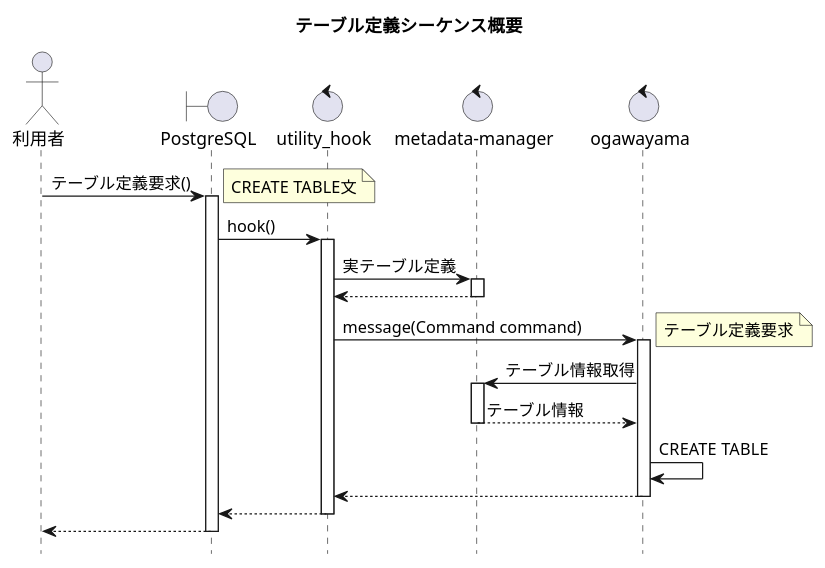
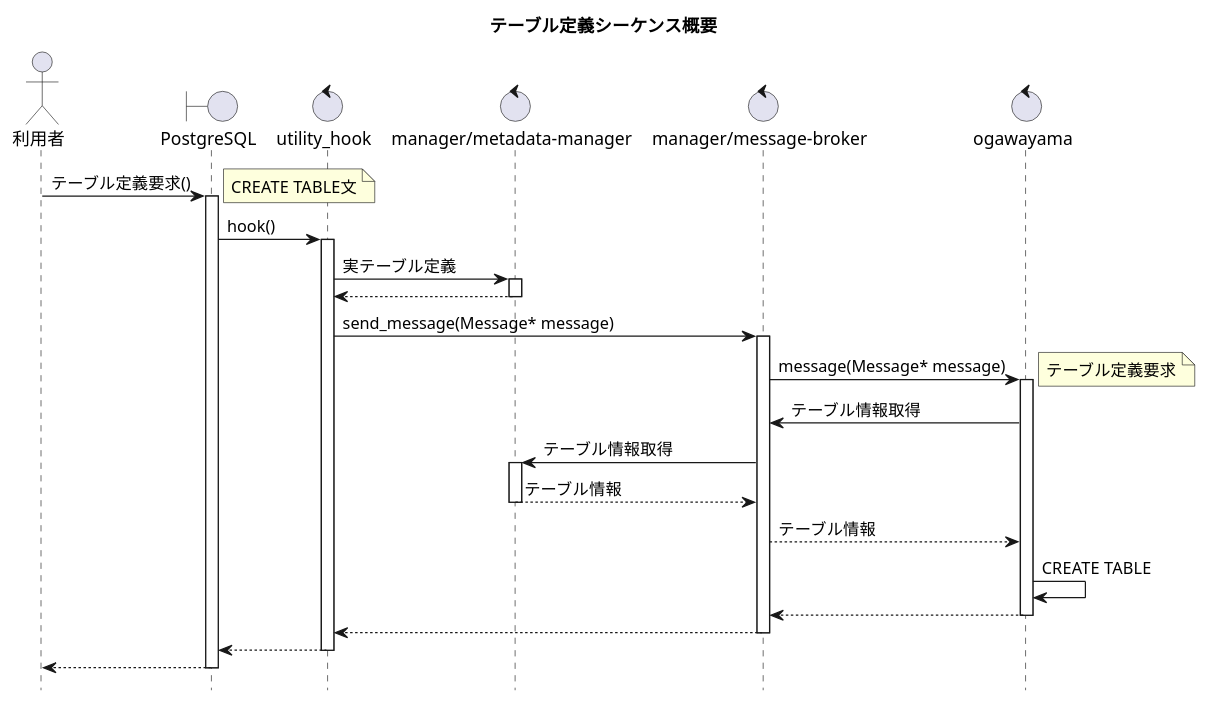
The diagram in docs/design/img/CREATE_TABLE_overview.pu (project-tsurugi/tsurugi_fdw), drawn with PlantUML before and after one commit. The commit also changed 6 other files, not shown here.

```diff
--- a/docs/design/img/CREATE_TABLE_overview.pu
+++ b/docs/design/img/CREATE_TABLE_overview.pu
@@ -1,47 +1,54 @@
 @startuml
 title テーブル定義シーケンス概要
 hide footbox
 
 actor 利用者
 boundary PostgreSQL
 control "utility_hook"
-control "metadata-manager"
+control "manager/metadata-manager" as metadata_manager
+control "manager/message-broker" as message_broker
 control ogawayama
 
 利用者 -> PostgreSQL : テーブル定義要求()
 activate PostgreSQL
 note right
 CREATE TABLE文
 end note
 
 PostgreSQL -> "utility_hook" : hook()
 activate "utility_hook"
 
-"utility_hook" -> "metadata-manager" : 実テーブル定義
-activate "metadata-manager"
+"utility_hook" -> metadata_manager : 実テーブル定義
+activate metadata_manager
 
-"metadata-manager" --> "utility_hook"
-deactivate "metadata-manager"
+metadata_manager --> "utility_hook"
+deactivate metadata_manager
 
-"utility_hook" -> ogawayama : message(Command command)
+"utility_hook" -> message_broker : send_message(Message* message)
+activate message_broker
+message_broker -> ogawayama : message(Message* message)
 activate ogawayama
 note right
 テーブル定義要求
 end note
 
-ogawayama -> "metadata-manager" : テーブル情報取得
-activate "metadata-manager"
-"metadata-manager" --> ogawayama : テーブル情報
-deactivate "metadata-manager"
+ogawayama -> message_broker : テーブル情報取得
+message_broker -> metadata_manager : テーブル情報取得
+activate metadata_manager
+metadata_manager --> message_broker : テーブル情報
+deactivate metadata_manager
+message_broker --> ogawayama : テーブル情報
 
 ogawayama -> ogawayama : CREATE TABLE
-ogawayama  --> "utility_hook"
+ogawayama  --> message_broker
 deactivate ogawayama
+message_broker --> "utility_hook"
+deactivate message_broker
 
 "utility_hook" --> PostgreSQL
 deactivate "utility_hook"
 
 PostgreSQL --> 利用者
 deactivate PostgreSQL
 
 @enduml
```
